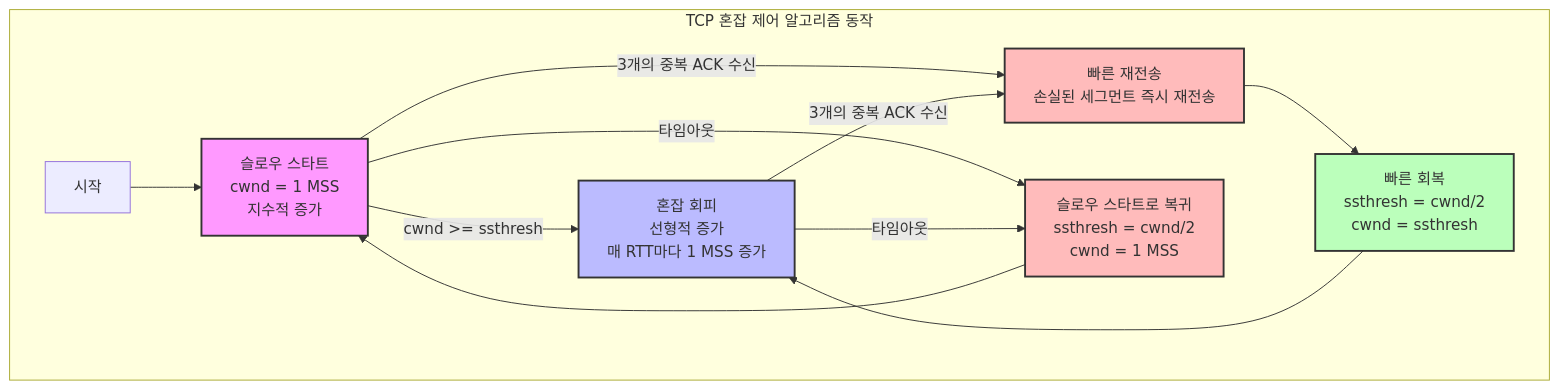
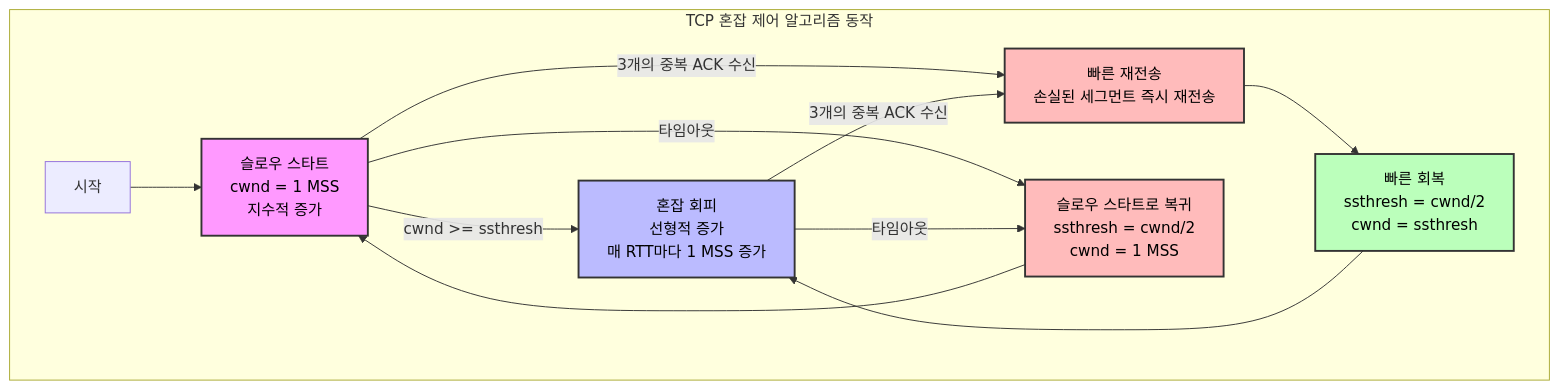
Before and after one commit to KalGookSoo/network-basic: the fifth of 6 diagrams in chapters/04-3_tcp_error_flow_congestion_control.md, drawn with Mermaid. The commit also changed other lines of this file and 2 other files, not shown here.

Commit message:
docs: TCP 혼잡 제어, 안정성 기술 및 와이어샤크 핸드셰이크 해설 추가

````diff
--- a/chapters/04-3_tcp_error_flow_congestion_control.md
+++ b/chapters/04-3_tcp_error_flow_congestion_control.md
@@ -249,20 +249,20 @@
 ```mermaid
 graph TD
     subgraph "TCP 혼잡 제어 알고리즘 동작"
         A[시작] --> B[슬로우 스타트<br>cwnd = 1 MSS<br>지수적 증가]
         B -->|" cwnd >= ssthresh "| C[혼잡 회피<br>선형적 증가<br>매 RTT마다 1 MSS 증가]
         B -->|" 3개의 중복 ACK 수신 "| D[빠른 재전송<br>손실된 세그먼트 즉시 재전송]
         C -->|" 3개의 중복 ACK 수신 "| D
         D --> E[빠른 회복<br>ssthresh = cwnd/2<br>cwnd = ssthresh]
         E --> C
         B -->|" 타임아웃 "| F[슬로우 스타트로 복귀<br>ssthresh = cwnd/2<br>cwnd = 1 MSS]
         C -->|" 타임아웃 "| F
         F --> B
     end
 
-    style B fill: #f9f, stroke: #333, stroke-width: 2px
-    style C fill: #bbf, stroke: #333, stroke-width: 2px
-    style D fill: #fbb, stroke: #333, stroke-width: 2px
-    style E fill: #bfb, stroke: #333, stroke-width: 2px
-    style F fill: #fbb, stroke: #333, stroke-width: 2px
+    style B fill: #f9f, stroke: #333, stroke-width: 2px, color: #000
+    style C fill: #bbf, stroke: #333, stroke-width: 2px, color: #000
+    style D fill: #fbb, stroke: #333, stroke-width: 2px, color: #000
+    style E fill: #bfb, stroke: #333, stroke-width: 2px, color: #000
+    style F fill: #fbb, stroke: #333, stroke-width: 2px, color: #000
 ```
````
